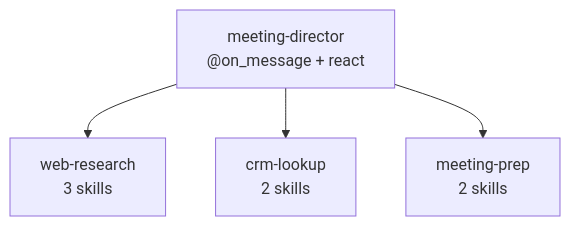
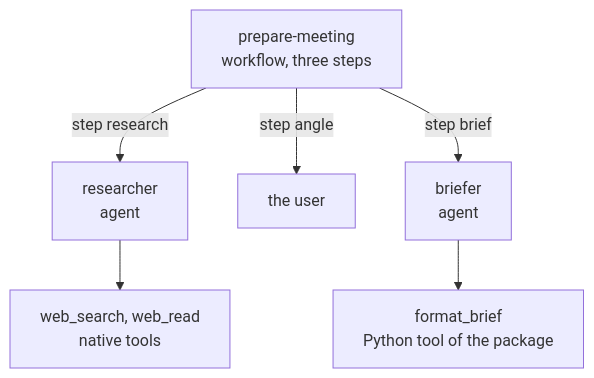
Before and after one commit to Apollia-OS/apollia-os: the first of 2 diagrams in docs/site/docs/tutorials/build-a-multi-agent-assistant.md, drawn with Mermaid. The commit also changed other lines of this file and 4432 other files, not shown here.

````diff
--- a/docs/site/docs/tutorials/build-a-multi-agent-assistant.md
+++ b/docs/site/docs/tutorials/build-a-multi-agent-assistant.md
@@ -60,7 +45,9 @@
 ```mermaid
 graph TD
-    D["meeting-director<br/>@on_message + react"]
-    D --> W1["web-research<br/>3 skills"]
-    D --> W2["crm-lookup<br/>2 skills"]
-    D --> W3["meeting-prep<br/>2 skills"]
+    W["prepare-meeting<br/>workflow, three steps"]
+    W -->|step research| R["researcher<br/>agent"]
+    W -->|step angle| U["the user"]
+    W -->|step brief| B["briefer<br/>agent"]
+    R --> T1["web_search, web_read<br/>native tools"]
+    B --> T2["format_brief<br/>Python tool of the package"]
 ```
````
